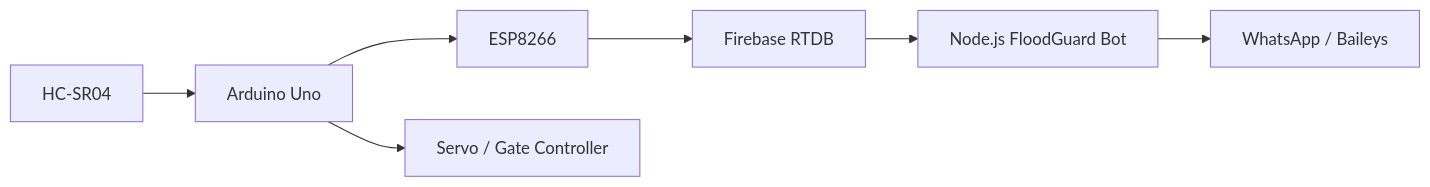
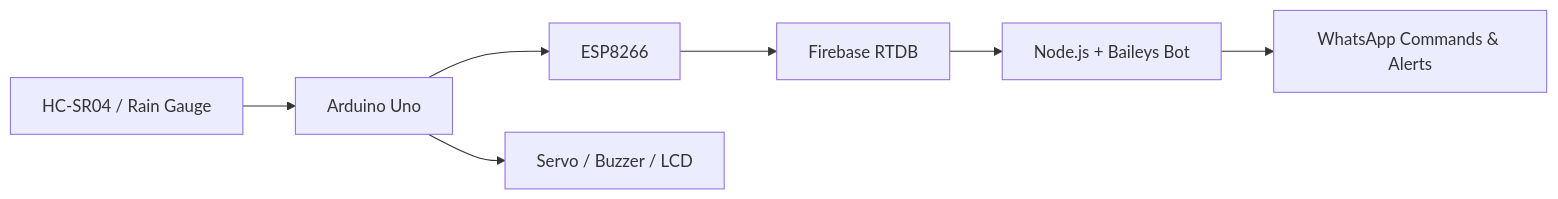
One commit to teldigi5-wq/floodguard-whatsapp-bot changed the diagram in README.md. Above: the diagram before and after it, drawn with Mermaid. The commit also changed other lines of this file, not shown here.

````diff
--- a/README.md
+++ b/README.md
@@ -63,9 +33,9 @@
 ```mermaid
 flowchart LR
-    Sensor[HC-SR04] --> Uno[Arduino Uno]
-    Uno --> ESP[ESP8266]
-    ESP --> Firebase[Firebase RTDB]
-    Firebase --> Bot[Node.js FloodGuard Bot]
-    Bot --> WA[WhatsApp / Baileys]
-    Uno --> Gate[Servo / Gate Controller]
+  Sensor["HC-SR04 / Rain Gauge"] --> Uno["Arduino Uno"]
+  Uno --> ESP["ESP8266"]
+  ESP --> RTDB["Firebase RTDB"]
+  RTDB --> Bot["Node.js + Baileys Bot"]
+  Bot --> WA["WhatsApp Commands & Alerts"]
+  Uno --> Gate["Servo / Buzzer / LCD"]
 ```
````
